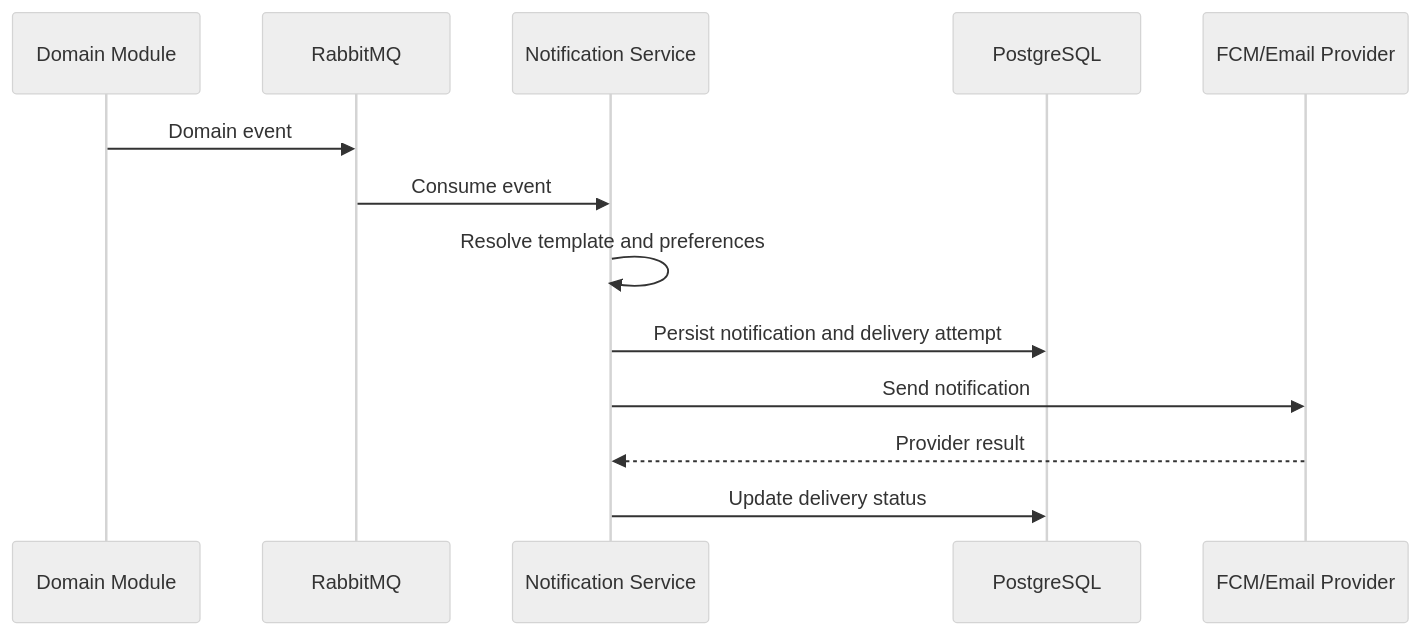
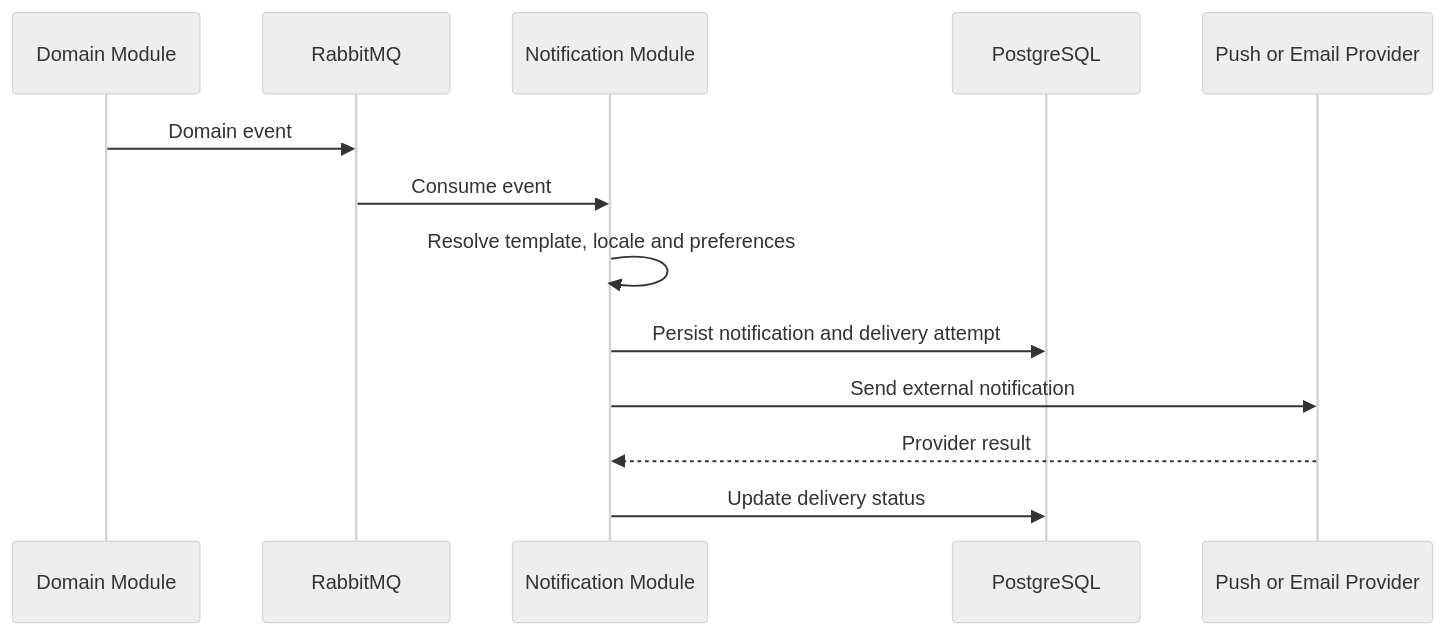
The tenth of 14 diagrams in docs/03_Architecture/System_Flows.md (IoanMarian08/KidsAudioBookPlatform), drawn with Mermaid (neutral theme) before and after one commit. The commit also changed other lines of this file, not shown here.

Commit message:
Document system flows

````diff
--- a/docs/03_Architecture/System_Flows.md
+++ b/docs/03_Architecture/System_Flows.md
@@ -264,16 +491,16 @@
 ```mermaid
 sequenceDiagram
     participant Producer as Domain Module
     participant MQ as RabbitMQ
-    participant N as Notification Service
+    participant N as Notification Module
     participant DB as PostgreSQL
-    participant FCM as FCM/Email Provider
+    participant Provider as Push or Email Provider
 
     Producer->>MQ: Domain event
     MQ->>N: Consume event
-    N->>N: Resolve template and preferences
+    N->>N: Resolve template, locale and preferences
     N->>DB: Persist notification and delivery attempt
-    N->>FCM: Send notification
-    FCM-->>N: Provider result
+    N->>Provider: Send external notification
+    Provider-->>N: Provider result
     N->>DB: Update delivery status
 ```
````
